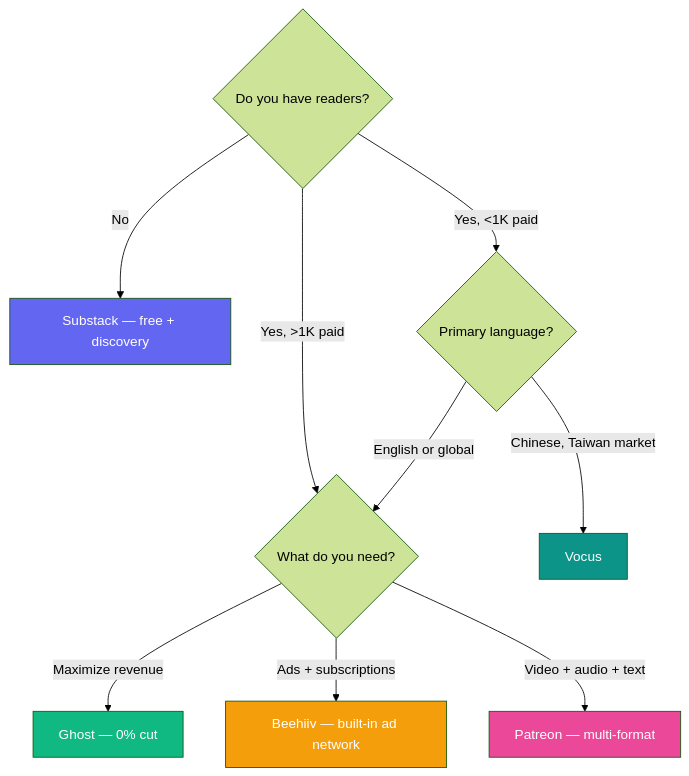
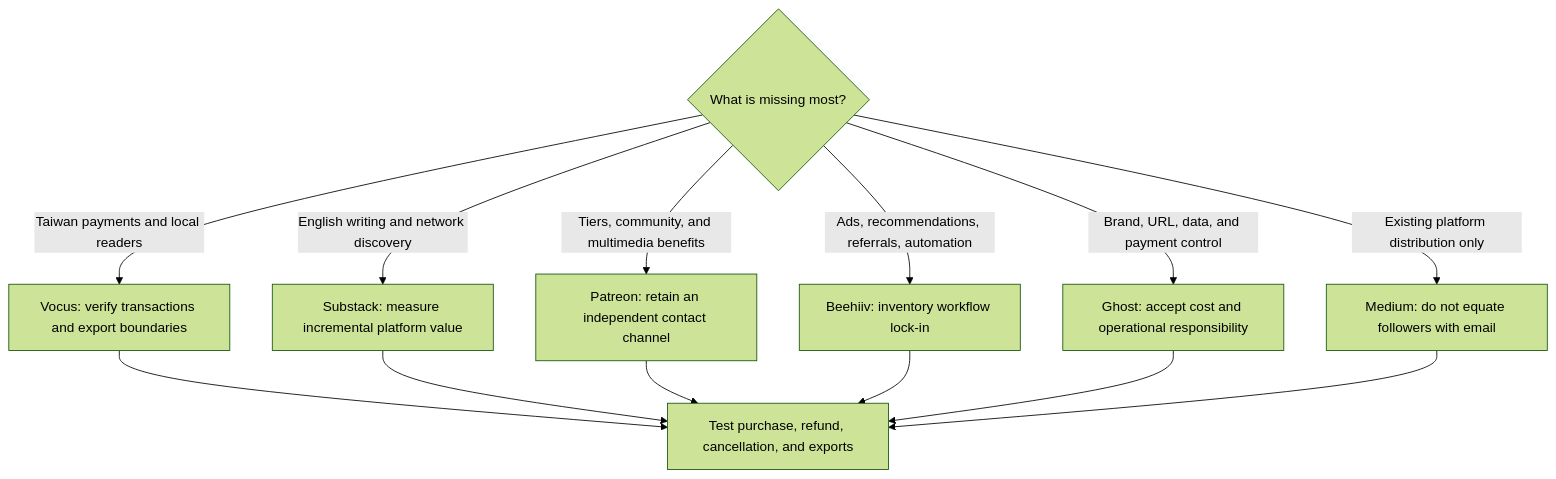
Before and after one commit to vincentxuu/quidproquo: the third of 3 diagrams in src/content/posts/product/2026-09-16-ugc-platform-creator-economy-en.md, drawn with Mermaid (forest theme). The commit also changed other lines of this file and 108 other files, not shown here.

````diff
--- a/src/content/posts/product/2026-09-16-ugc-platform-creator-economy-en.md
+++ b/src/content/posts/product/2026-09-16-ugc-platform-creator-economy-en.md
@@ -210,16 +88,16 @@
 ```mermaid
-graph TD
-    Q1{Do you have readers?} -->|No| S[Substack — free + discovery]
-    Q1 -->|Yes, <1K paid| Q2{Primary language?}
-    Q1 -->|Yes, >1K paid| Q3{What do you need?}
-    Q2 -->|Chinese, Taiwan market| V[Vocus]
-    Q2 -->|English or global| Q3
-    Q3 -->|Maximize revenue| G[Ghost — 0% cut]
-    Q3 -->|Ads + subscriptions| B[Beehiiv — built-in ad network]
-    Q3 -->|Video + audio + text| P[Patreon — multi-format]
-    style S fill:#6366f1,color:#fff
-    style V fill:#0d9488,color:#fff
-    style G fill:#10b981,color:#fff
-    style B fill:#f59e0b,color:#fff
-    style P fill:#ec4899,color:#fff
+flowchart TD
+    A{What is missing most?}
+    A -->|Taiwan payments and local readers| B[Vocus: verify transactions and export boundaries]
+    A -->|English writing and network discovery| C[Substack: measure incremental platform value]
+    A -->|Tiers, community, and multimedia benefits| D[Patreon: retain an independent contact channel]
+    A -->|Ads, recommendations, referrals, automation| E[Beehiiv: inventory workflow lock-in]
+    A -->|Brand, URL, data, and payment control| F[Ghost: accept cost and operational responsibility]
+    A -->|Existing platform distribution only| G[Medium: do not equate followers with email]
+    B --> H[Test purchase, refund, cancellation, and exports]
+    C --> H
+    D --> H
+    E --> H
+    F --> H
+    G --> H
 ```
````
